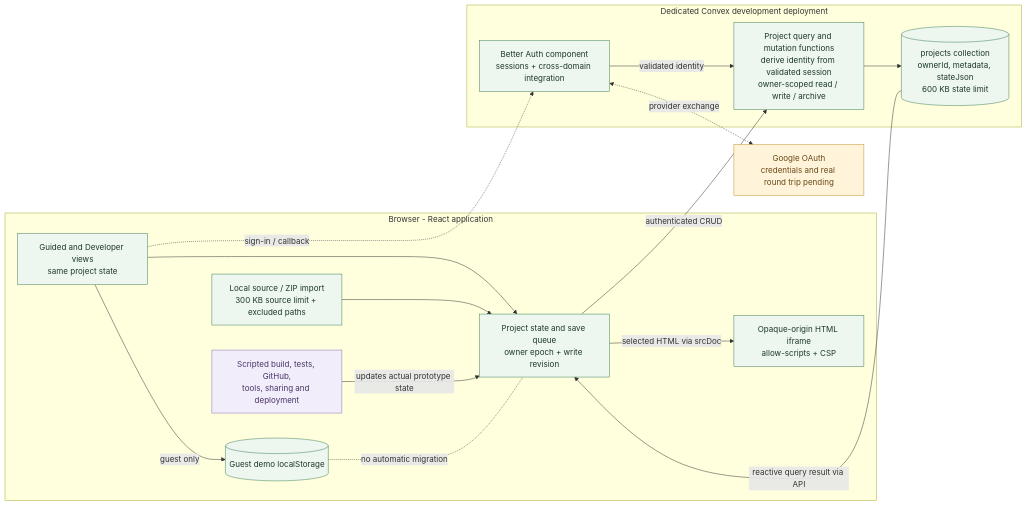
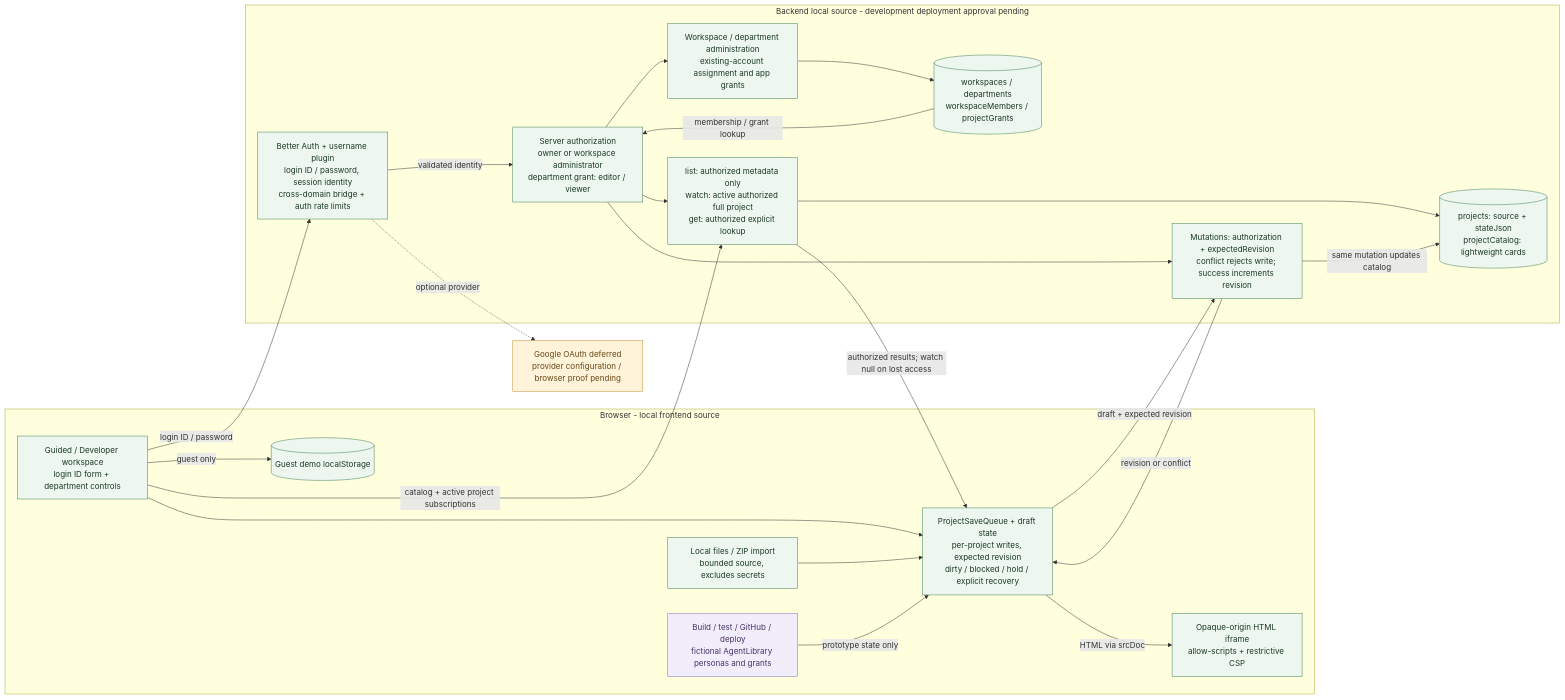
The first of 2 diagrams in docs/arch-engineering-drawing.md (rishimunikesarwani-hub/architect-2), drawn with Mermaid before and after one commit. The commit also changed other lines of this file and 38 other files, not shown here.

Commit message:
Add real department accounts and shared app permissions

````diff
--- a/docs/arch-engineering-drawing.md
+++ b/docs/arch-engineering-drawing.md
@@ -20,36 +22,47 @@
 ```mermaid
 flowchart LR
-  classDef built fill:#edf6ef,stroke:#408157,color:#1c3926
+  classDef local fill:#edf6ef,stroke:#408157,color:#1c3926
   classDef pending fill:#fff3d9,stroke:#c39336,color:#684817
   classDef simulated fill:#f1edfb,stroke:#8a73b4,color:#493466
   classDef future fill:#f3f5f6,stroke:#879399,stroke-dasharray:6 4,color:#35434b
 
-  subgraph Browser[Browser - React application]
-    UI[Guided and Developer views<br/>same project state]:::built
-    State[Project state and save queue<br/>owner epoch + write revision]:::built
-    Local[(Guest demo localStorage)]:::built
-    Import[Local source / ZIP import<br/>300 KB source limit + excluded paths]:::built
-    Preview[Opaque-origin HTML iframe<br/>allow-scripts + CSP]:::built
-    Sim[Scripted build, tests, GitHub,<br/>tools, sharing and deployment]:::simulated
+  subgraph Browser["Browser - local frontend source"]
+    UI["Guided / Developer workspace<br/>login ID form + department controls"]:::local
+    State["ProjectSaveQueue + draft state<br/>per-project writes, expected revision<br/>dirty / blocked / hold / explicit recovery"]:::local
+    Local[("Guest demo localStorage")]:::local
+    Import["Local files / ZIP import<br/>bounded source, excludes secrets"]:::local
+    Preview["Opaque-origin HTML iframe<br/>allow-scripts + restrictive CSP"]:::local
+    Sim["Build / test / GitHub / deploy<br/>fictional AgentLibrary personas and grants"]:::simulated
     UI --> State
     UI -->|guest only| Local
     Import --> State
-    State -->|selected HTML via srcDoc| Preview
-    Sim -->|updates actual prototype state| State
+    State -->|HTML via srcDoc| Preview
+    Sim -->|prototype state only| State
   end
 
-  subgraph Cloud[Dedicated Convex development deployment]
-    Auth[Better Auth component<br/>sessions + cross-domain integration]:::built
-    API[Project query and mutation functions<br/>derive identity from validated session<br/>owner-scoped read / write / archive]:::built
-    DB[(projects collection<br/>ownerId, metadata, stateJson<br/>600 KB state limit)]:::built
-    Auth -->|validated identity| API
-    API --> DB
+  subgraph Backend["Backend local source - development deployment approval pending"]
+    Auth["Better Auth + username plugin<br/>login ID / password, session identity<br/>cross-domain bridge + auth rate limits"]:::local
+    Access["Server authorization<br/>owner or workspace administrator<br/>department grant: editor / viewer"]:::local
+    Query["list: authorized metadata only<br/>watch: active authorized full project<br/>get: authorized explicit lookup"]:::local
+    Write["Mutations: authorization + expectedRevision<br/>conflict rejects write; success increments revision"]:::local
+    Team["Workspace / department administration<br/>existing-account assignment and app grants"]:::local
+    Roles[("workspaces / departments<br/>workspaceMembers / projectGrants")]:::local
+    DB[("projects: source + stateJson<br/>projectCatalog: lightweight cards")]:::local
+    Auth -->|validated identity| Access
+    Access --> Query
+    Access --> Write
+    Access --> Team
+    Team --> Roles
+    Roles -->|membership / grant lookup| Access
+    Query --> DB
+    Write -->|same mutation updates catalog| DB
   end
 
-  Google[Google OAuth<br/>credentials and real round trip pending]:::pending
-  UI -. sign-in / callback .-> Auth
-  Auth <-. provider exchange .-> Google
-  State -->|authenticated CRUD| API
-  DB -->|reactive query result via API| State
-  Local -. no automatic migration .- State
+  Google["Google OAuth deferred<br/>provider configuration / browser proof pending"]:::pending
+  UI -->|login ID / password| Auth
+  Auth -. optional provider .-> Google
+  State -->|draft + expected revision| Write
+  UI -->|catalog + active project subscriptions| Query
+  Query -->|authorized results; watch null on lost access| State
+  Write -->|revision or conflict| State
 ```
````
